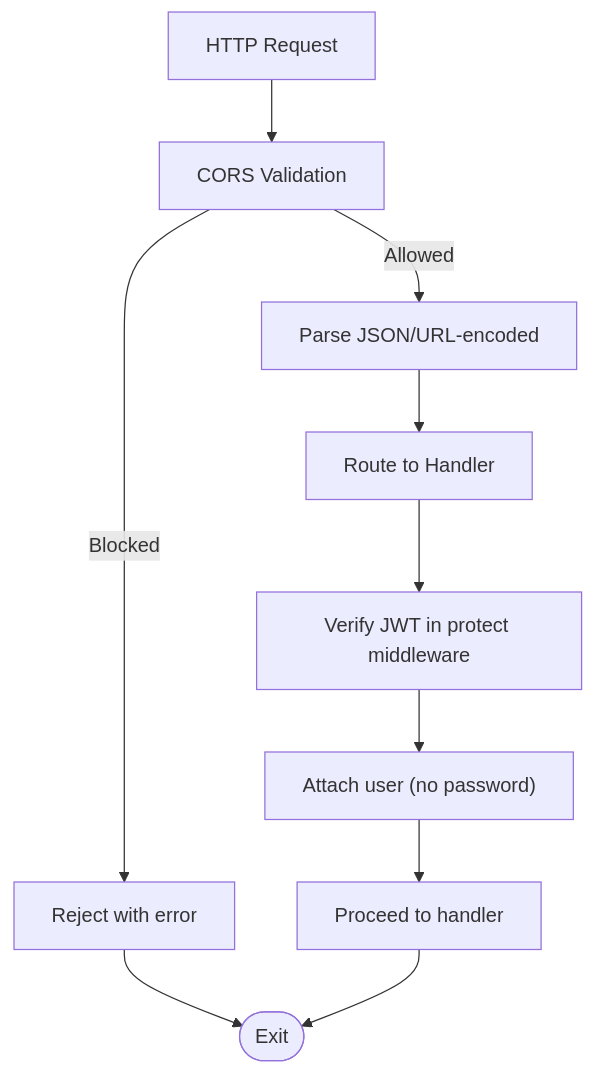
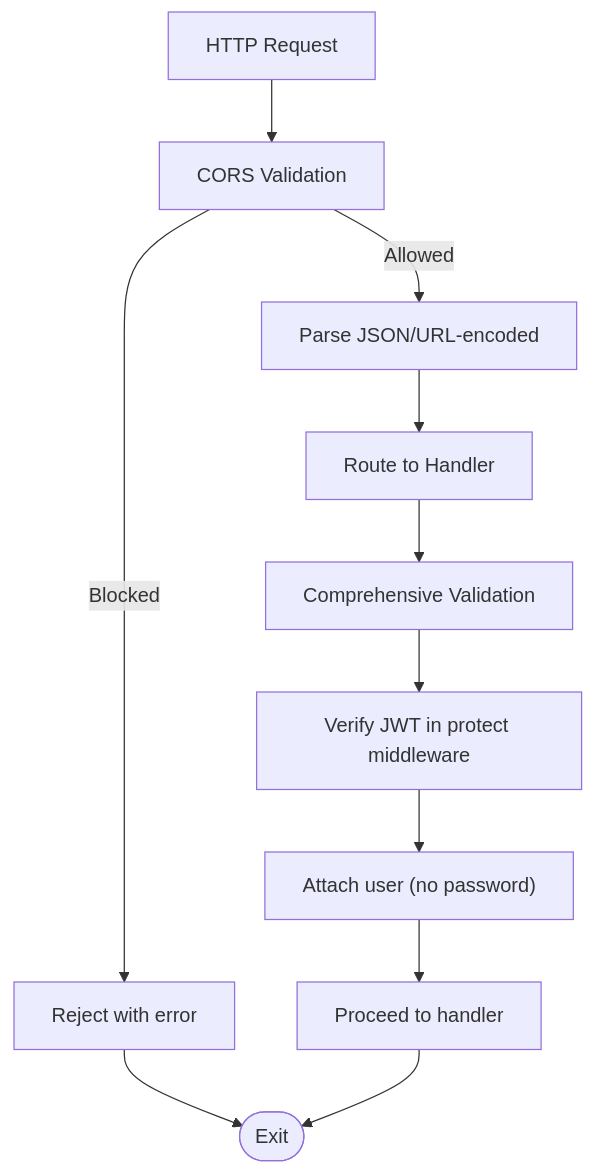
One commit to Pavan-PSPK9032/TrendsandToss changed diagram 11 of 11 in .qoder/repowiki/en/content/Authentication & Authorization/Login & Registration Process.md. Above: the diagram before and after it, drawn with Mermaid. The commit also changed other lines of this file and 27 other files, not shown here.

````diff
--- a/.qoder/repowiki/en/content/Authentication & Authorization/Login & Registration Process.md
+++ b/.qoder/repowiki/en/content/Authentication & Authorization/Login & Registration Process.md
@@ -520,12 +540,13 @@
 ```mermaid
 flowchart TD
 Req["HTTP Request"] --> CORS["CORS Validation"]
 CORS --> |Allowed| Parse["Parse JSON/URL-encoded"]
 CORS --> |Blocked| Deny["Reject with error"]
 Parse --> Route["Route to Handler"]
-Route --> JWT["Verify JWT in protect middleware"]
+Route --> Validate["Comprehensive Validation"]
+Validate --> JWT["Verify JWT in protect middleware"]
 JWT --> Attach["Attach user (no password)"]
 Attach --> Next["Proceed to handler"]
 Deny --> End(["Exit"])
 Next --> End
 ```
````
